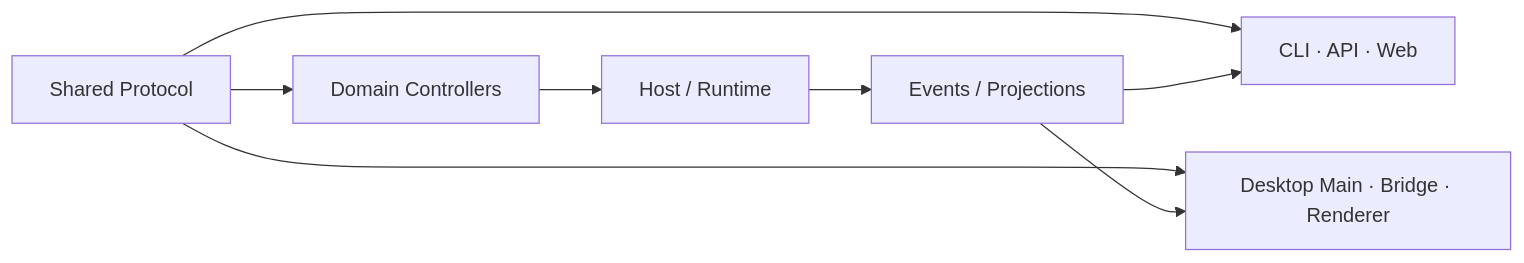
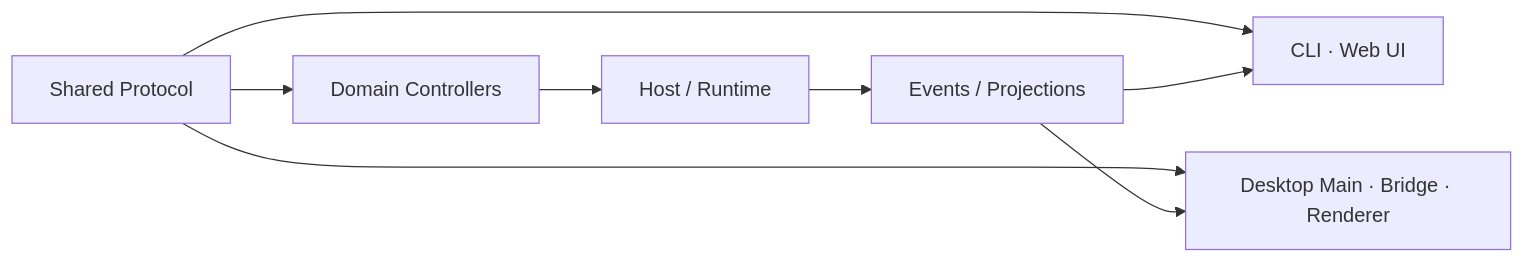
The first of 2 diagrams in docs/outlive-agent-v2/06-clients-protocols-desktop/README.md (Cainheart/tracegraph-agent), drawn with Mermaid before and after one commit. The commit also changed other lines of this file and 46 other files, not shown here.

````diff
--- a/docs/outlive-agent-v2/06-clients-protocols-desktop/README.md
+++ b/docs/outlive-agent-v2/06-clients-protocols-desktop/README.md
@@ -15,10 +15,10 @@
 ```mermaid
 flowchart LR
   P[Shared Protocol] --> C[Domain Controllers]
   C --> H[Host / Runtime]
-  P --> E[CLI · API · Web]
+  P --> E[CLI · Web UI]
   P --> D[Desktop Main · Bridge · Renderer]
   H --> EV[Events / Projections]
   EV --> E
   EV --> D
 ```
````
